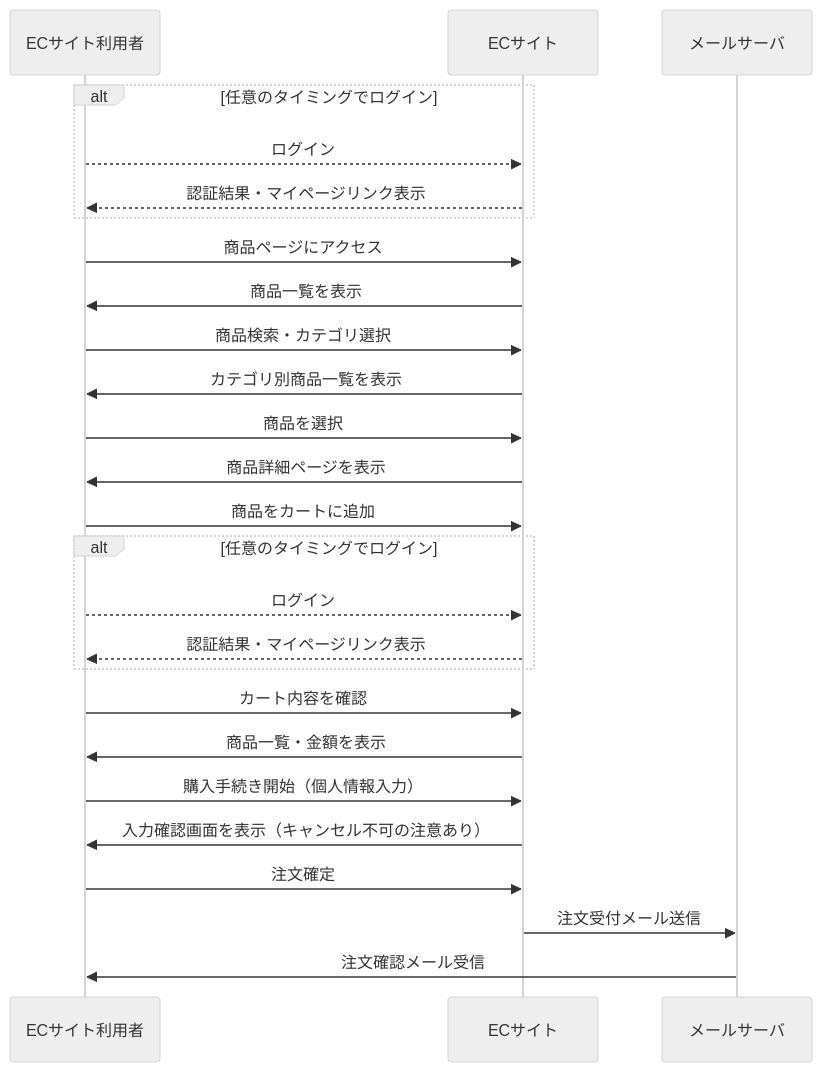
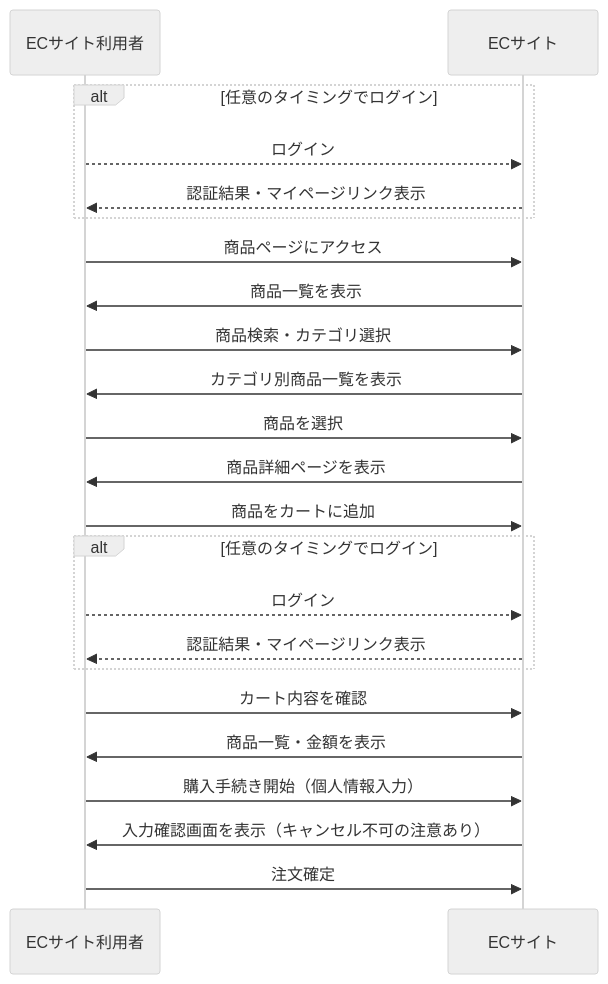
The second of 3 diagrams in 基本設計/B.md (YUKlT0/Equipe), drawn with Mermaid (neutral theme) before and after one commit. The commit also changed other lines of this file, not shown here.

```diff
--- a/基本設計/B.md
+++ b/基本設計/B.md
@@ -96,37 +95,35 @@
 <div class="mermaid">
 sequenceDiagram
 participant ユーザー as ECサイト利用者
 participant サイト as ECサイト
-participant メール as メールサーバ
 
 alt 任意のタイミングでログイン
     ユーザー -->> サイト: ログイン
     サイト -->> ユーザー: 認証結果・マイページリンク表示
 end
 
 ユーザー ->> サイト: 商品ページにアクセス
 サイト ->> ユーザー: 商品一覧を表示
 
 ユーザー ->> サイト: 商品検索・カテゴリ選択
 サイト ->> ユーザー: カテゴリ別商品一覧を表示
 
 ユーザー ->> サイト: 商品を選択
 サイト ->> ユーザー: 商品詳細ページを表示
 ユーザー ->> サイト: 商品をカートに追加
 
 alt 任意のタイミングでログイン
     ユーザー -->> サイト: ログイン
     サイト -->> ユーザー: 認証結果・マイページリンク表示
 end
 
 ユーザー ->> サイト: カート内容を確認
 サイト ->> ユーザー: 商品一覧・金額を表示
 
 ユーザー ->> サイト: 購入手続き開始（個人情報入力）
 サイト ->> ユーザー: 入力確認画面を表示（キャンセル不可の注意あり）
 ユーザー ->> サイト: 注文確定
 
-サイト ->> メール: 注文受付メール送信
-メール ->> ユーザー: 注文確認メール受信
+
 
 </div>
```
